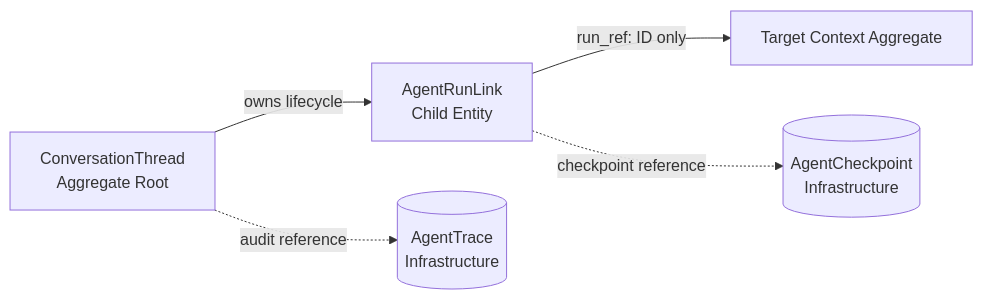
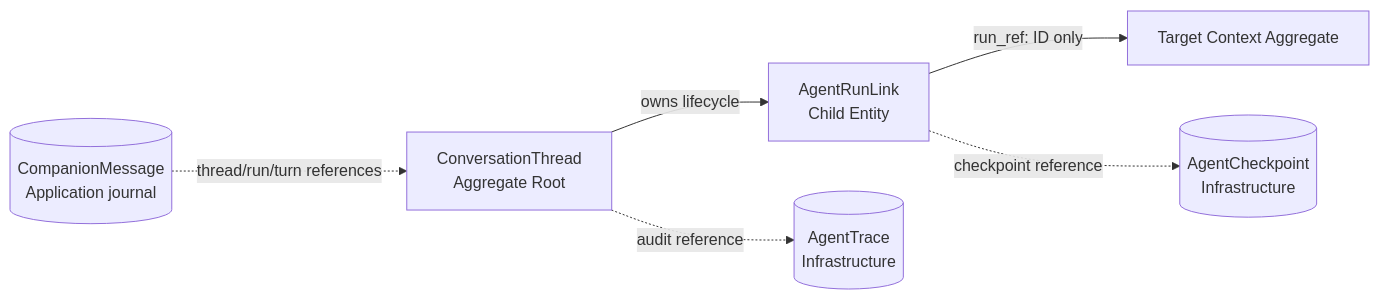
One commit to johanchow/duxue changed the third of 6 diagrams in docs/technical/domain-companion.md. Above: the diagram before and after it, drawn with Mermaid. The commit also changed other lines of this file and 22 other files, not shown here.

````diff
--- a/docs/technical/domain-companion.md
+++ b/docs/technical/domain-companion.md
@@ -100,12 +104,14 @@
 ```mermaid
 flowchart LR
     T[ConversationThread<br/>Aggregate Root]
     R[AgentRunLink<br/>Child Entity]
+    M[(CompanionMessage<br/>Application journal)]
     X[Target Context Aggregate]
     C[(AgentCheckpoint<br/>Infrastructure)]
     A[(AgentTrace<br/>Infrastructure)]
     T -->|owns lifecycle| R
     R -->|run_ref: ID only| X
+    M -. thread/run/turn references .-> T
     R -. checkpoint reference .-> C
     T -. audit reference .-> A
 ```
````
